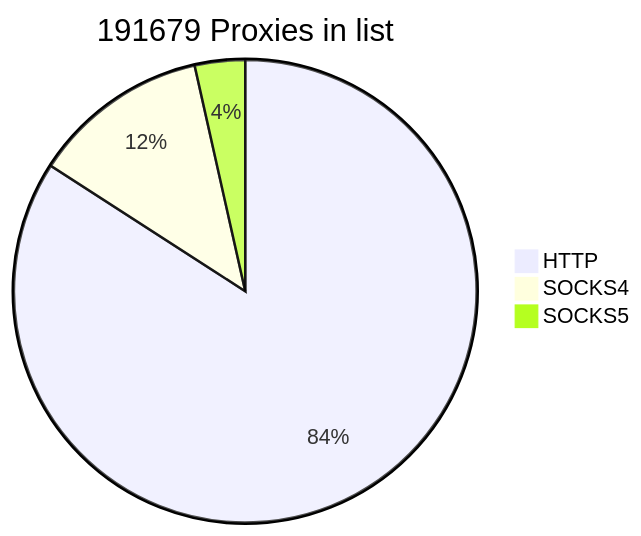
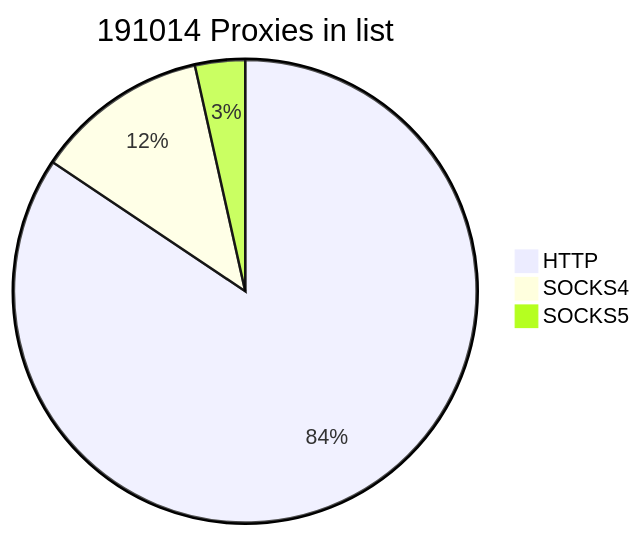
The first of 2 diagrams in README.md (cutipu/proxylist), drawn with Mermaid before and after one commit. The commit also changed other lines of this file, not shown here.

````diff
--- a/README.md
+++ b/README.md
@@ -2,7 +2,7 @@
 ```mermaid
-pie title 191679 Proxies in list
-    "HTTP" : 161240
-    "SOCKS4" : 23707
-    "SOCKS5" : 6732
+pie title 191014 Proxies in list
+    "HTTP" : 161220
+    "SOCKS4" : 23117
+    "SOCKS5" : 6677
             
 ```
````
